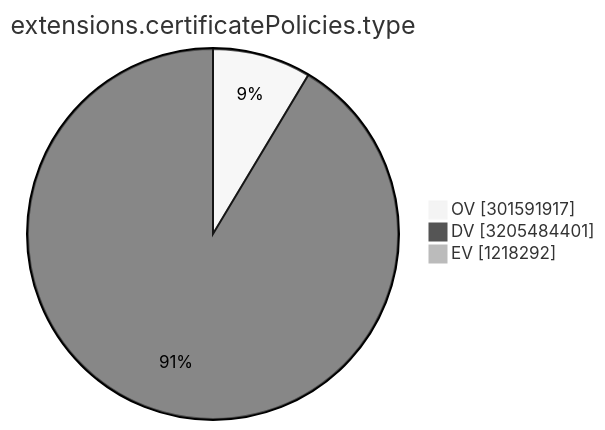
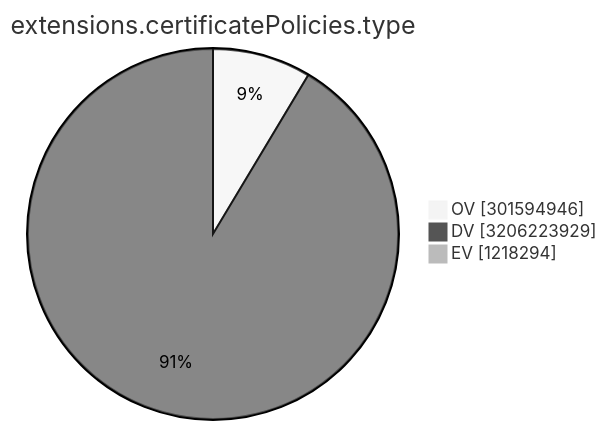
One commit to christiankrug/ctmonitor_visualization changed the ninth of 15 diagrams in TOTAL/README.md. Above: the diagram before and after it, drawn with Mermaid (neutral theme). The commit also changed other lines of this file, not shown here.

````diff
--- a/TOTAL/README.md
+++ b/TOTAL/README.md
@@ -3106,7 +3106,7 @@
 ```mermaid
 pie showData
 title extensions.certificatePolicies.type
-"OV" :301591917
-"DV" :3205484401
-"EV" :1218292
+"OV" :301594946
+"DV" :3206223929
+"EV" :1218294
 ```
````
